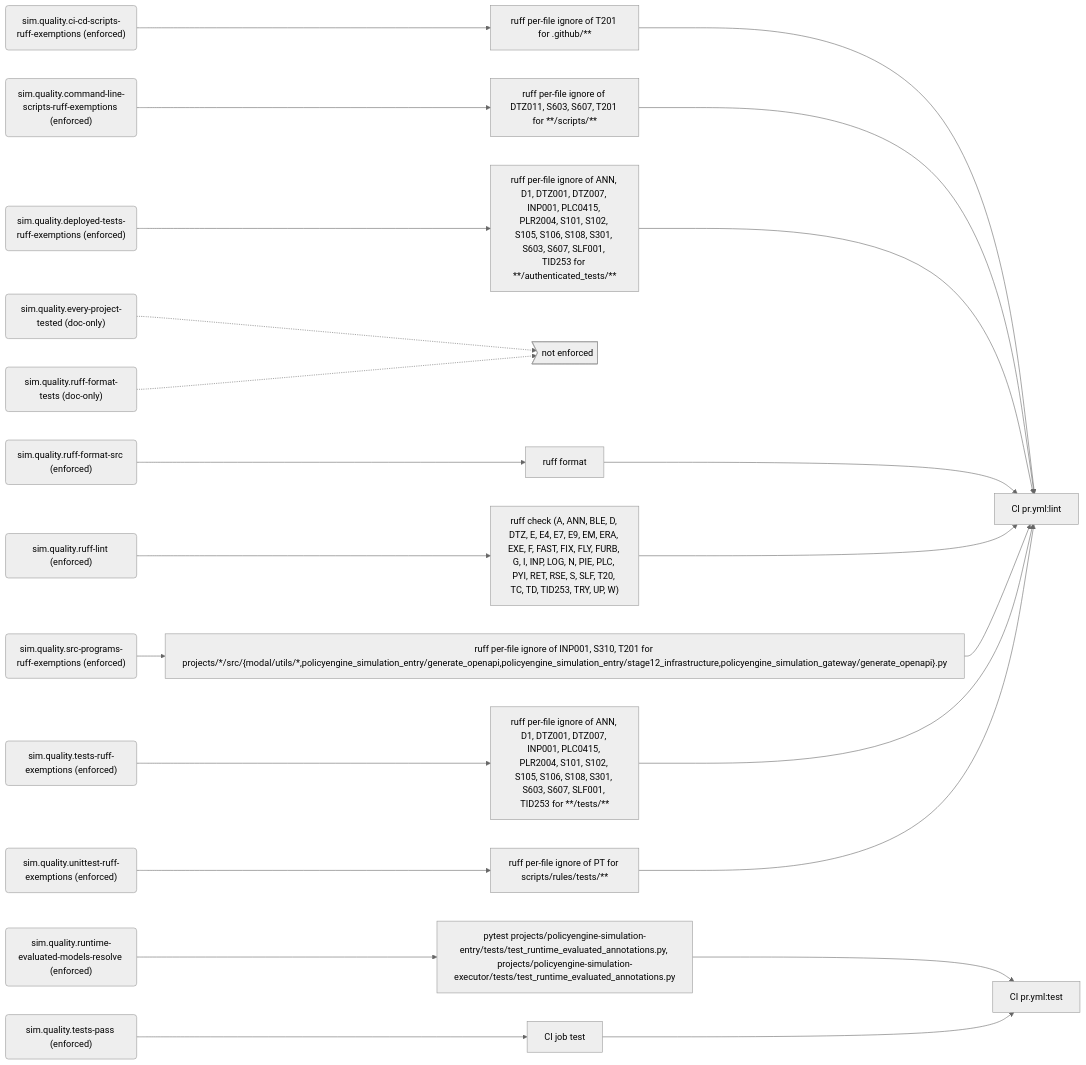
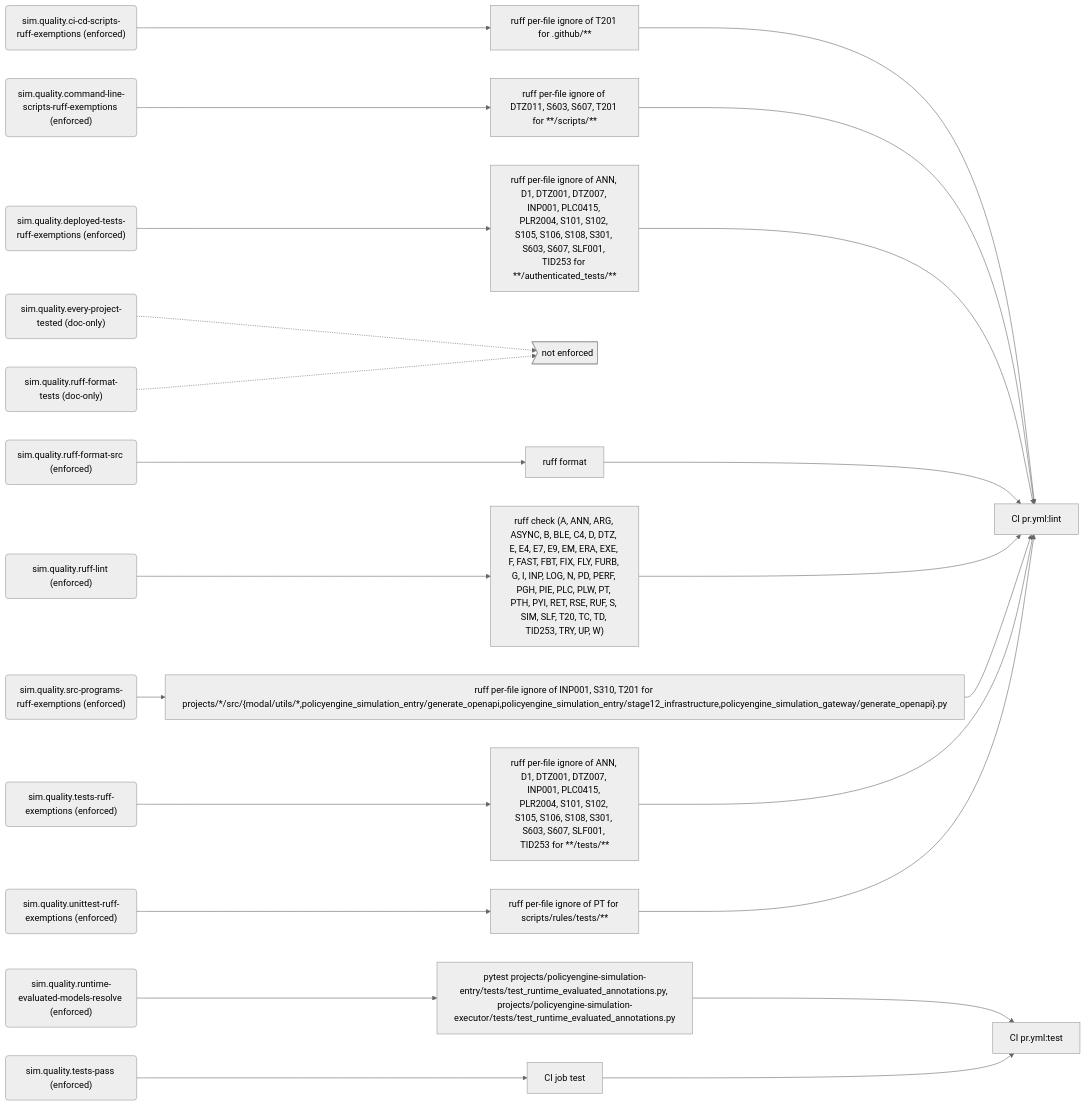
One commit to PolicyEngine/policyengine-sim-api changed the sixth of 8 diagrams in docs/generated/rules.md. Above: the diagram before and after it, drawn with Mermaid (neutral theme). The commit also changed other lines of this file and 3 other files, not shown here.

First line of the commit message:
Register group 8a in the ruff-lint rule

````diff
--- a/docs/generated/rules.md
+++ b/docs/generated/rules.md
@@ -262,50 +262,50 @@
 ```mermaid
 flowchart LR
   r_sim_quality_ci_cd_scripts_ruff_exemptions("sim.quality.ci-cd-scripts-ruff-exemptions (enforced)")
   e_ruff_per_file_ignore_of_T201_for__github___["ruff per-file ignore of T201 for .github/**"]
   j_CI_pr_yml_lint["CI pr.yml:lint"]
   r_sim_quality_command_line_scripts_ruff_exemptions("sim.quality.command-line-scripts-ruff-exemptions (enforced)")
   e_ruff_per_file_ignore_of_DTZ011__S603__S607__T201_for____scripts___["ruff per-file ignore of DTZ011, S603, S607, T201 for **/scripts/**"]
   r_sim_quality_deployed_tests_ruff_exemptions("sim.quality.deployed-tests-ruff-exemptions (enforced)")
   e_ruff_per_file_ignore_of_ANN__D1__DTZ001__DTZ007__INP001__PLC0415__PLR2004__S101__S102__S105__S106__S108__S301__S603__S607__SLF001__TID253_for____authenticated_tests___["ruff per-file ignore of ANN, D1, DTZ001, DTZ007, INP001, PLC0415, PLR2004, S101, S102, S105, S106, S108, S301, S603, S607, SLF001, TID253 for **/authenticated_tests/**"]
   r_sim_quality_every_project_tested("sim.quality.every-project-tested (doc-only)")
   gap_unenforced>"not enforced"]
   r_sim_quality_ruff_format_src("sim.quality.ruff-format-src (enforced)")
   e_ruff_format["ruff format"]
   r_sim_quality_ruff_format_tests("sim.quality.ruff-format-tests (doc-only)")
   r_sim_quality_ruff_lint("sim.quality.ruff-lint (enforced)")
-  e_ruff_check__A__ANN__BLE__D__DTZ__E__E4__E7__E9__EM__ERA__EXE__F__FAST__FIX__FLY__FURB__G__I__INP__LOG__N__PIE__PLC__PYI__RET__RSE__S__SLF__T20__TC__TD__TID253__TRY__UP__W_["ruff check (A, ANN, BLE, D, DTZ, E, E4, E7, E9, EM, ERA, EXE, F, FAST, FIX, FLY, FURB, G, I, INP, LOG, N, PIE, PLC, PYI, RET, RSE, S, SLF, T20, TC, TD, TID253, TRY, UP, W)"]
+  e_ruff_check__A__ANN__ARG__ASYNC__B__BLE__C4__D__DTZ__E__E4__E7__E9__EM__ERA__EXE__F__FAST__FBT__FIX__FLY__FURB__G__I__INP__LOG__N__PD__PERF__PGH__PIE__PLC__PLW__PT__PTH__PYI__RET__RSE__RUF__S__SIM__SLF__T20__TC__TD__TID253__TRY__UP__W_["ruff check (A, ANN, ARG, ASYNC, B, BLE, C4, D, DTZ, E, E4, E7, E9, EM, ERA, EXE, F, FAST, FBT, FIX, FLY, FURB, G, I, INP, LOG, N, PD, PERF, PGH, PIE, PLC, PLW, PT, PTH, PYI, RET, RSE, RUF, S, SIM, SLF, T20, TC, TD, TID253, TRY, UP, W)"]
   r_sim_quality_runtime_evaluated_models_resolve("sim.quality.runtime-evaluated-models-resolve (enforced)")
   e_pytest_projects_policyengine_simulation_entry_tests_test_runtime_evaluated_annotations_py__projects_policyengine_simulation_executor_tests_test_runtime_evaluated_annotations_py["pytest projects/policyengine-simulation-entry/tests/test_runtime_evaluated_annotations.py, projects/policyengine-simulation-executor/tests/test_runtime_evaluated_annotations.py"]
   j_CI_pr_yml_test["CI pr.yml:test"]
   r_sim_quality_src_programs_ruff_exemptions("sim.quality.src-programs-ruff-exemptions (enforced)")
   e_ruff_per_file_ignore_of_INP001__S310__T201_for_projects___src__modal_utils___policyengine_simulation_entry_generate_openapi_policyengine_simulation_entry_stage12_infrastructure_policyengine_simulation_gateway_generate_openapi__py["ruff per-file ignore of INP001, S310, T201 for projects/*/src/{modal/utils/*,policyengine_simulation_entry/generate_openapi,policyengine_simulation_entry/stage12_infrastructure,policyengine_simulation_gateway/generate_openapi}.py"]
   r_sim_quality_tests_pass("sim.quality.tests-pass (enforced)")
   e_CI_job_test["CI job test"]
   r_sim_quality_tests_ruff_exemptions("sim.quality.tests-ruff-exemptions (enforced)")
   e_ruff_per_file_ignore_of_ANN__D1__DTZ001__DTZ007__INP001__PLC0415__PLR2004__S101__S102__S105__S106__S108__S301__S603__S607__SLF001__TID253_for____tests___["ruff per-file ignore of ANN, D1, DTZ001, DTZ007, INP001, PLC0415, PLR2004, S101, S102, S105, S106, S108, S301, S603, S607, SLF001, TID253 for **/tests/**"]
   r_sim_quality_unittest_ruff_exemptions("sim.quality.unittest-ruff-exemptions (enforced)")
   e_ruff_per_file_ignore_of_PT_for_scripts_rules_tests___["ruff per-file ignore of PT for scripts/rules/tests/**"]
   r_sim_quality_ci_cd_scripts_ruff_exemptions --> e_ruff_per_file_ignore_of_T201_for__github___
   e_ruff_per_file_ignore_of_T201_for__github___ --> j_CI_pr_yml_lint
   r_sim_quality_command_line_scripts_ruff_exemptions --> e_ruff_per_file_ignore_of_DTZ011__S603__S607__T201_for____scripts___
   e_ruff_per_file_ignore_of_DTZ011__S603__S607__T201_for____scripts___ --> j_CI_pr_yml_lint
   r_sim_quality_deployed_tests_ruff_exemptions --> e_ruff_per_file_ignore_of_ANN__D1__DTZ001__DTZ007__INP001__PLC0415__PLR2004__S101__S102__S105__S106__S108__S301__S603__S607__SLF001__TID253_for____authenticated_tests___
   e_ruff_per_file_ignore_of_ANN__D1__DTZ001__DTZ007__INP001__PLC0415__PLR2004__S101__S102__S105__S106__S108__S301__S603__S607__SLF001__TID253_for____authenticated_tests___ --> j_CI_pr_yml_lint
   r_sim_quality_every_project_tested -.-> gap_unenforced
   r_sim_quality_ruff_format_src --> e_ruff_format
   e_ruff_format --> j_CI_pr_yml_lint
   r_sim_quality_ruff_format_tests -.-> gap_unenforced
-  r_sim_quality_ruff_lint --> e_ruff_check__A__ANN__BLE__D__DTZ__E__E4__E7__E9__EM__ERA__EXE__F__FAST__FIX__FLY__FURB__G__I__INP__LOG__N__PIE__PLC__PYI__RET__RSE__S__SLF__T20__TC__TD__TID253__TRY__UP__W_
-  e_ruff_check__A__ANN__BLE__D__DTZ__E__E4__E7__E9__EM__ERA__EXE__F__FAST__FIX__FLY__FURB__G__I__INP__LOG__N__PIE__PLC__PYI__RET__RSE__S__SLF__T20__TC__TD__TID253__TRY__UP__W_ --> j_CI_pr_yml_lint
+  r_sim_quality_ruff_lint --> e_ruff_check__A__ANN__ARG__ASYNC__B__BLE__C4__D__DTZ__E__E4__E7__E9__EM__ERA__EXE__F__FAST__FBT__FIX__FLY__FURB__G__I__INP__LOG__N__PD__PERF__PGH__PIE__PLC__PLW__PT__PTH__PYI__RET__RSE__RUF__S__SIM__SLF__T20__TC__TD__TID253__TRY__UP__W_
+  e_ruff_check__A__ANN__ARG__ASYNC__B__BLE__C4__D__DTZ__E__E4__E7__E9__EM__ERA__EXE__F__FAST__FBT__FIX__FLY__FURB__G__I__INP__LOG__N__PD__PERF__PGH__PIE__PLC__PLW__PT__PTH__PYI__RET__RSE__RUF__S__SIM__SLF__T20__TC__TD__TID253__TRY__UP__W_ --> j_CI_pr_yml_lint
   r_sim_quality_runtime_evaluated_models_resolve --> e_pytest_projects_policyengine_simulation_entry_tests_test_runtime_evaluated_annotations_py__projects_policyengine_simulation_executor_tests_test_runtime_evaluated_annotations_py
   e_pytest_projects_policyengine_simulation_entry_tests_test_runtime_evaluated_annotations_py__projects_policyengine_simulation_executor_tests_test_runtime_evaluated_annotations_py --> j_CI_pr_yml_test
   r_sim_quality_src_programs_ruff_exemptions --> e_ruff_per_file_ignore_of_INP001__S310__T201_for_projects___src__modal_utils___policyengine_simulation_entry_generate_openapi_policyengine_simulation_entry_stage12_infrastructure_policyengine_simulation_gateway_generate_openapi__py
   e_ruff_per_file_ignore_of_INP001__S310__T201_for_projects___src__modal_utils___policyengine_simulation_entry_generate_openapi_policyengine_simulation_entry_stage12_infrastructure_policyengine_simulation_gateway_generate_openapi__py --> j_CI_pr_yml_lint
   r_sim_quality_tests_pass --> e_CI_job_test
   e_CI_job_test --> j_CI_pr_yml_test
   r_sim_quality_tests_ruff_exemptions --> e_ruff_per_file_ignore_of_ANN__D1__DTZ001__DTZ007__INP001__PLC0415__PLR2004__S101__S102__S105__S106__S108__S301__S603__S607__SLF001__TID253_for____tests___
   e_ruff_per_file_ignore_of_ANN__D1__DTZ001__DTZ007__INP001__PLC0415__PLR2004__S101__S102__S105__S106__S108__S301__S603__S607__SLF001__TID253_for____tests___ --> j_CI_pr_yml_lint
   r_sim_quality_unittest_ruff_exemptions --> e_ruff_per_file_ignore_of_PT_for_scripts_rules_tests___
   e_ruff_per_file_ignore_of_PT_for_scripts_rules_tests___ --> j_CI_pr_yml_lint
 ```
````
